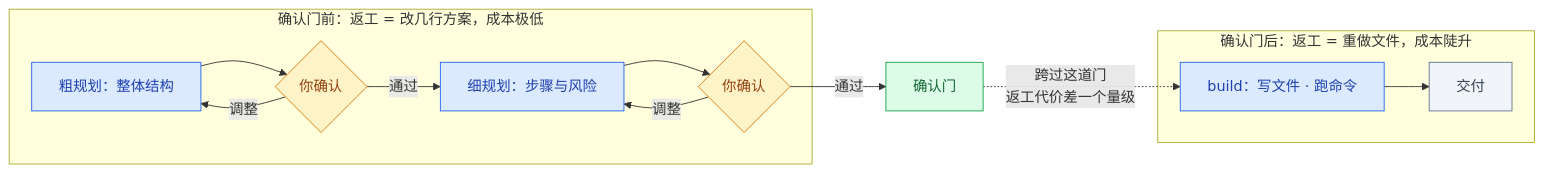
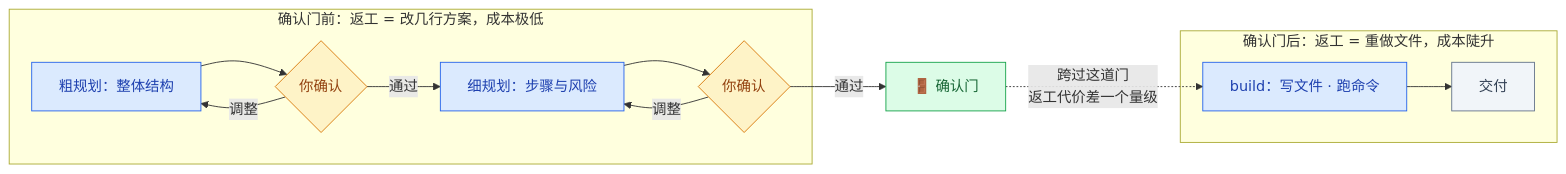
One commit to masonsxu/notes changed diagram 12 of 12 in ppt/ppt2-advanced/opencode-advanced-techniques.md. Above: the diagram before and after it, drawn with Mermaid. The commit also changed other lines of this file and 1 other file, not shown here.

First line of the commit message:
refactor: 依 design-doc-mermaid 标准重检全部图表（17→22 张）

````diff
--- a/ppt/ppt2-advanced/opencode-advanced-techniques.md
+++ b/ppt/ppt2-advanced/opencode-advanced-techniques.md
@@ -469,20 +518,20 @@
 ```mermaid
 flowchart LR
     classDef human fill:#FEF3C7,stroke:#D97706,color:#92400E
     classDef agent fill:#DBEAFE,stroke:#2563EB,color:#1E40AF
     classDef gate fill:#DCFCE7,stroke:#16A34A,color:#166534
     classDef artifact fill:#F1F5F9,stroke:#64748B,color:#334155
 
     subgraph BEFORE["确认门前：返工 = 改几行方案，成本极低"]
         R1["粗规划：整体结构"]:::agent --> G1{"你确认"}:::human
         G1 -->|调整| R1
         G1 -->|通过| R2["细规划：步骤与风险"]:::agent
         R2 --> G2{"你确认"}:::human
         G2 -->|调整| R2
     end
-    G2 -->|通过| GATE["确认门"]:::gate
+    G2 -->|通过| GATE["🚪 确认门"]:::gate
     subgraph AFTER["确认门后：返工 = 重做文件，成本陡升"]
         B["build：写文件 · 跑命令"]:::agent --> DONE["交付"]:::artifact
     end
     GATE -.->|"跨过这道门<br/>返工代价差一个量级"| B
 ```
````
